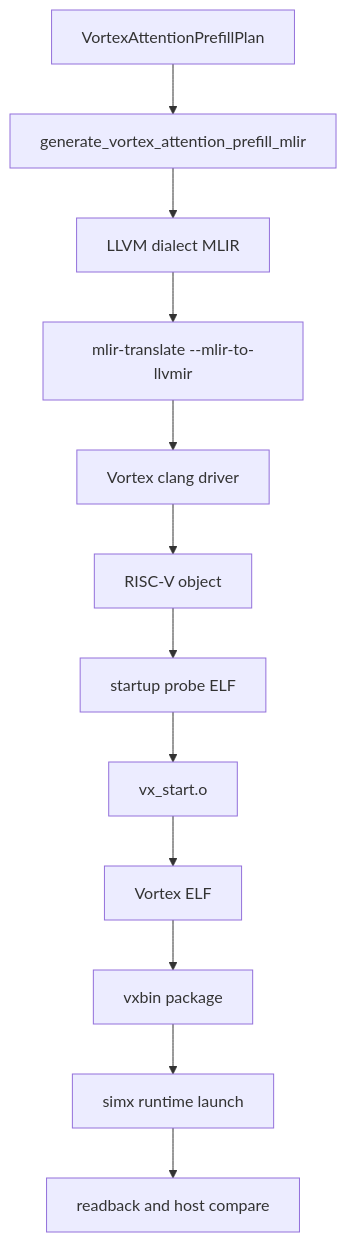
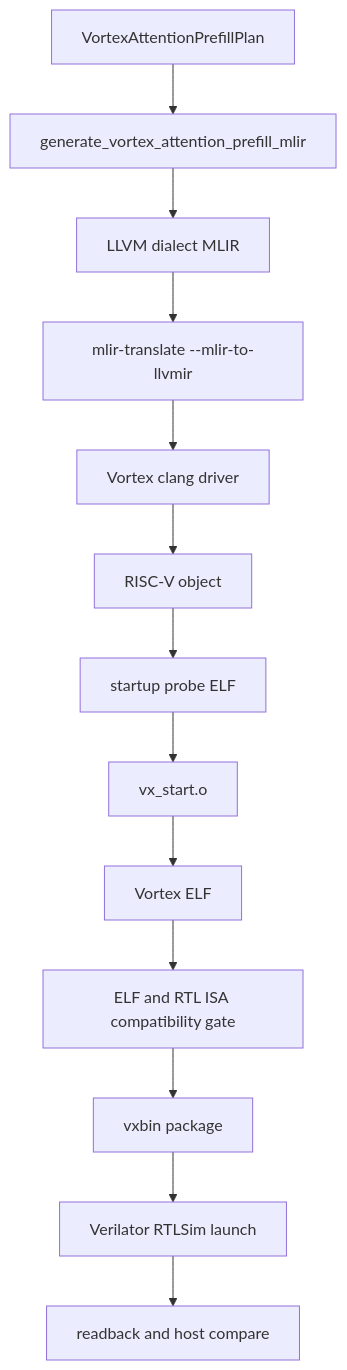
One commit to devillove084/Mandrel changed the diagram in docs/mlir.md. Above: the diagram before and after it, drawn with Mermaid. The commit also changed other lines of this file and 57 other files, not shown here.

First line of the commit message:
feat: establish reproducible Verilator RTL workflow

````diff
--- a/docs/mlir.md
+++ b/docs/mlir.md
@@ -7,14 +7,15 @@
 ```mermaid
 flowchart TD
     A[VortexAttentionPrefillPlan] --> B[generate_vortex_attention_prefill_mlir]
     B --> C[LLVM dialect MLIR]
     C --> D[mlir-translate --mlir-to-llvmir]
     D --> E[Vortex clang driver]
     E --> F[RISC-V object]
     F --> G[startup probe ELF]
     G --> H[vx_start.o]
     H --> I[Vortex ELF]
-    I --> J[vxbin package]
-    J --> K[simx runtime launch]
+    I --> P[ELF and RTL ISA compatibility gate]
+    P --> J[vxbin package]
+    J --> K[Verilator RTLSim launch]
     K --> L[readback and host compare]
 ```
````
